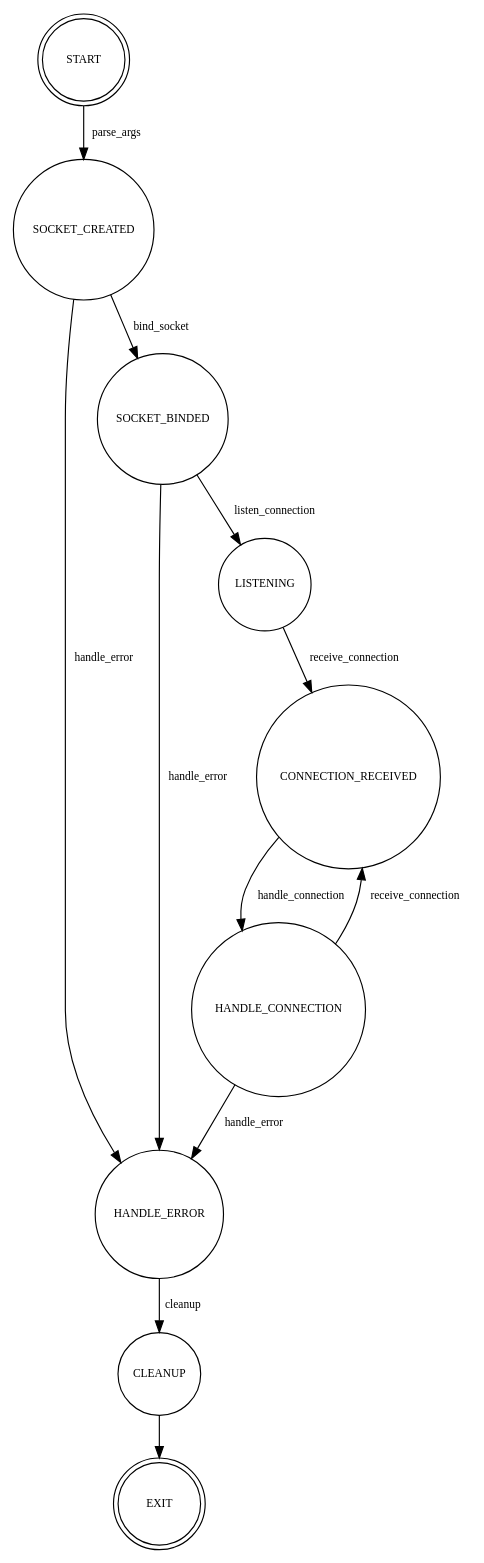
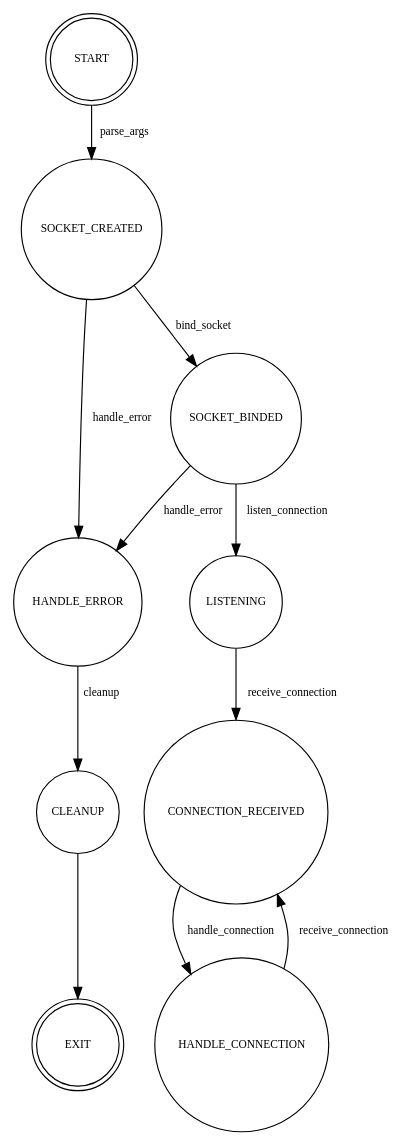
Before and after one commit to Wontoni/comp7005-network-socket: the diagram in report/server.gv, drawn with Graphviz. The commit also changed 5 other files, not shown here.

```diff
--- a/report/server.gv
+++ b/report/server.gv
@@ -1,26 +1,25 @@
-digraph Client {
+digraph Server {
     node [shape=circle; fontsize=10; width=1;height=1;];
     edge [fontsize=10];
 
     START [label="START", shape=doublecircle]
     HANDLE_ERROR [label="HANDLE_ERROR", shape=circle]
     SOCKET_CREATED [label="SOCKET_CREATED", shape=circle]
     SOCKET_BINDED [label="SOCKET_BINDED", shape=circle]
     LISTENING [label="LISTENING", shape=circle]
     CONNECTION_RECEIVED [label="CONNECTION_RECEIVED", shape=circle]
     HANDLE_CONNECTION [label="HANDLE_CONNECTION", shape=circle]
     CLEANUP [label="CLEANUP", shape=circle]
     EXIT [label="EXIT", shape=doublecircle]
 
     START -> SOCKET_CREATED [label="parse_args"]
     SOCKET_CREATED -> SOCKET_BINDED [label="bind_socket"]
     SOCKET_CREATED -> HANDLE_ERROR [label="handle_error"]
     SOCKET_BINDED -> LISTENING [label="listen_connection"]
     SOCKET_BINDED -> HANDLE_ERROR [label="handle_error"]
     LISTENING -> CONNECTION_RECEIVED [label="receive_connection"]
     CONNECTION_RECEIVED -> HANDLE_CONNECTION [label="handle_connection"]
     HANDLE_CONNECTION -> CONNECTION_RECEIVED [label="receive_connection"]
-    HANDLE_CONNECTION -> HANDLE_ERROR [label="handle_error"]
     HANDLE_ERROR -> CLEANUP [label="cleanup"]
     CLEANUP -> EXIT
 }
```
